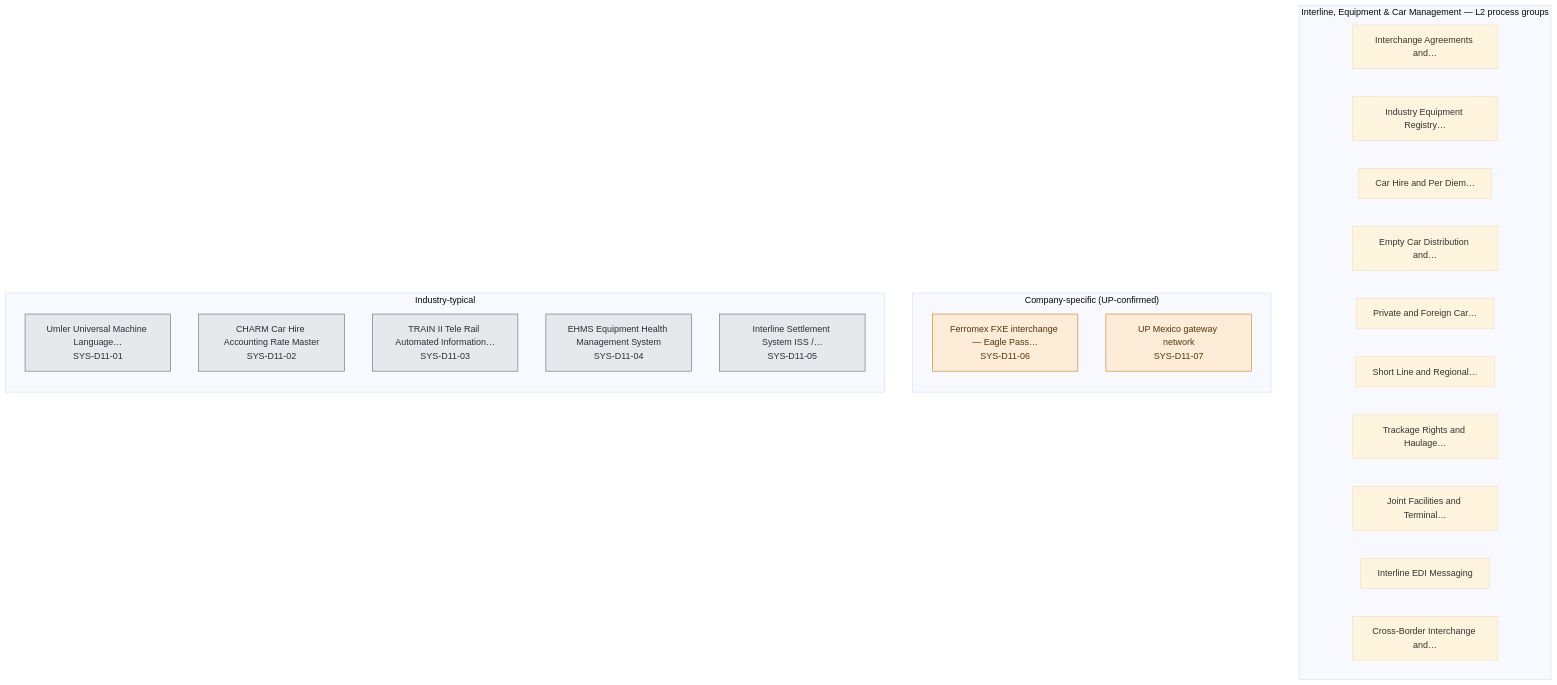
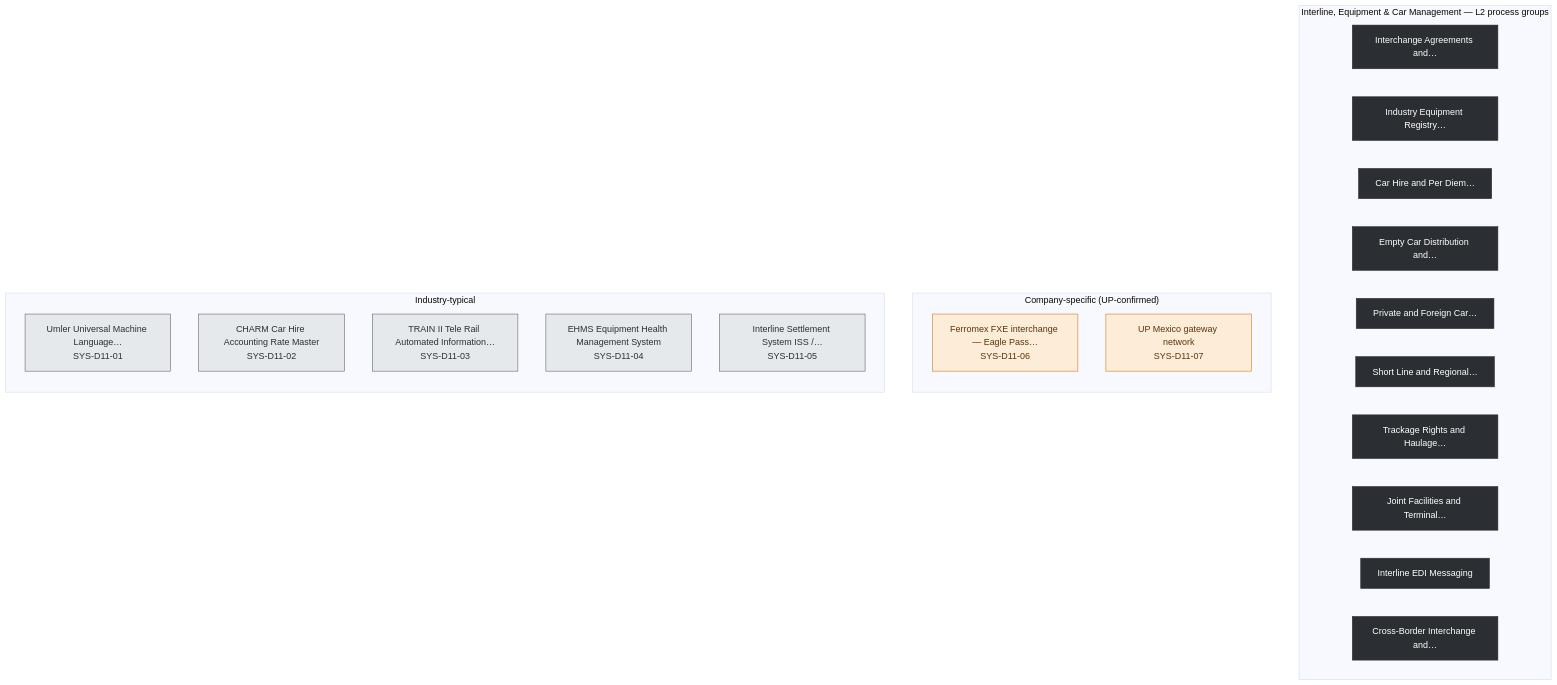
Before and after one commit to ghatk047/rail-wiki: the diagram in ea-diagrams/rr-11-interline-equipment-car-management.mmd, drawn with Mermaid. The commit also changed 474 other files, not shown here.

First line of the commit message:
Fix blurry lightbox zoom; add real usage connectors to EA diagrams

```diff
--- a/ea-diagrams/rr-11-interline-equipment-car-management.mmd
+++ b/ea-diagrams/rr-11-interline-equipment-car-management.mmd
@@ -1,35 +1,38 @@
 %%{init: {'flowchart': {'curve': 'basis'}, 'theme':'base'}}%%
 flowchart TB
 
   subgraph PROCS["Interline, Equipment & Car Management — L2 process groups"]
     direction LR
-    G1["Interchange Agreements and…"]
-    G2["Industry Equipment Registry…"]
-    G3["Car Hire and Per Diem…"]
-    G4["Empty Car Distribution and…"]
-    G5["Private and Foreign Car…"]
-    G6["Short Line and Regional…"]
-    G7["Trackage Rights and Haulage…"]
-    G8["Joint Facilities and Terminal…"]
-    G9["Interline EDI Messaging"]
-    G10["Cross-Border Interchange and…"]
+    G1["Interchange Agreements and…"]:::l2
+    G2["Industry Equipment Registry…"]:::l2
+    G3["Car Hire and Per Diem…"]:::l2
+    G4["Empty Car Distribution and…"]:::l2
+    G5["Private and Foreign Car…"]:::l2
+    G6["Short Line and Regional…"]:::l2
+    G7["Trackage Rights and Haulage…"]:::l2
+    G8["Joint Facilities and Terminal…"]:::l2
+    G9["Interline EDI Messaging"]:::l2
+    G10["Cross-Border Interchange and…"]:::l2
   end
 
   subgraph COMPANY["Company-specific (UP-confirmed)"]
     direction TB
     C1["Ferromex FXE interchange — Eagle Pass…\nSYS-D11-06"]:::company
     C2["UP Mexico gateway network\nSYS-D11-07"]:::company
   end
   subgraph INDUSTRY["Industry-typical"]
     direction TB
     I1["Umler Universal Machine Language…\nSYS-D11-01"]:::industry
     I2["CHARM Car Hire Accounting Rate Master\nSYS-D11-02"]:::industry
     I3["TRAIN II Tele Rail Automated Information…\nSYS-D11-03"]:::industry
     I4["EHMS Equipment Health Management System\nSYS-D11-04"]:::industry
     I5["Interline Settlement System ISS /…\nSYS-D11-05"]:::industry
   end
 
+  %% No generated process yet cites a system in this domain -- no usage edges to draw
+
+classDef l2 fill:#2b2e33,color:#fff,stroke:#2b2e33
 classDef company fill:#fdecd8,stroke:#c8791a,color:#5a3407
 classDef industry fill:#e6e9ec,stroke:#5c5f66,color:#2b2e33
 classDef other fill:#f2f2f0,stroke:#9a9da3,color:#3d4348
 classDef empty fill:#fff4e5,stroke:#c8791a,color:#5a3407,stroke-dasharray: 4 3
```
